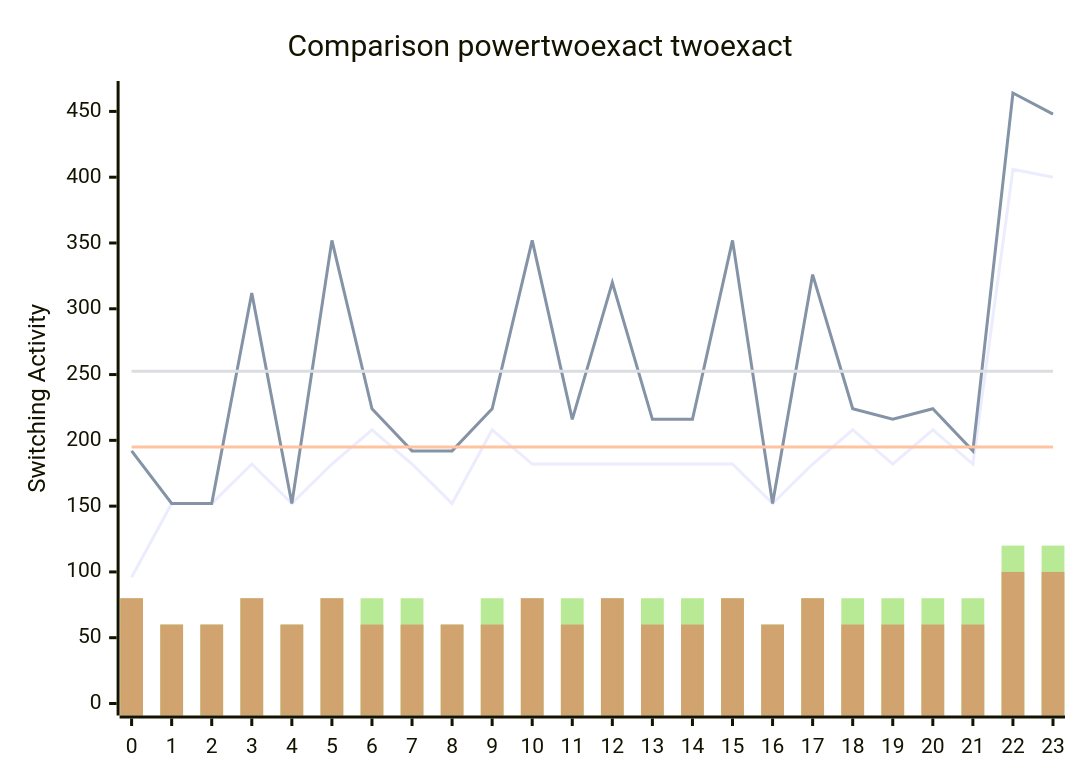
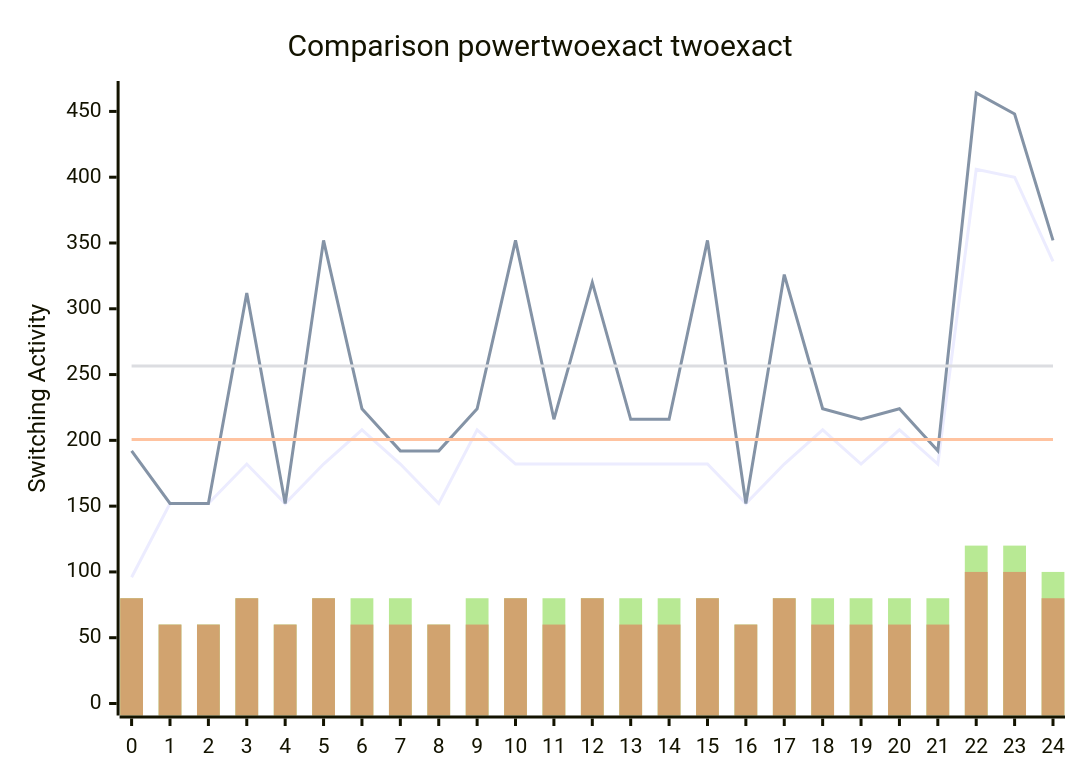
Before and after one commit to FeldmeierMichael/Exact-Power-Synthesis: the diagram in benchmark.md, drawn with Mermaid. The commit also changed other lines of this file and 2 other files, not shown here.

````diff
--- a/benchmark.md
+++ b/benchmark.md
@@ -49,12 +51,12 @@
 ```mermaid
 xychart-beta
     title "Comparison powertwoexact twoexact"
-    x-axis [0, 1, 2, 3, 4, 5, 6, 7, 8, 9, 10, 11, 12, 13, 14, 15, 16, 17, 18, 19, 20, 21, 22, 23]
+    x-axis [0, 1, 2, 3, 4, 5, 6, 7, 8, 9, 10, 11, 12, 13, 14, 15, 16, 17, 18, 19, 20, 21, 22, 23, 24]
     y-axis "Switching Activity" 0-->464
-    line [96, 152, 152, 182, 152, 182, 208, 182, 152, 208, 182, 182, 182, 182, 182, 182, 152, 182, 208, 182, 208, 182, 406, 400]
-    line [192, 152, 152, 312, 152, 352, 224, 192, 192, 224, 352, 216, 320, 216, 216, 352, 152, 326, 224, 216, 224, 192, 464, 448]
-    line [194.91666666666666, 194.91666666666666, 194.91666666666666, 194.91666666666666, 194.91666666666666, 194.91666666666666, 194.91666666666666, 194.91666666666666, 194.91666666666666, 194.91666666666666, 194.91666666666666, 194.91666666666666, 194.91666666666666, 194.91666666666666, 194.91666666666666, 194.91666666666666, 194.91666666666666, 194.91666666666666, 194.91666666666666, 194.91666666666666, 194.91666666666666, 194.91666666666666, 194.91666666666666, 194.91666666666666]
-    line [252.58333333333334, 252.58333333333334, 252.58333333333334, 252.58333333333334, 252.58333333333334, 252.58333333333334, 252.58333333333334, 252.58333333333334, 252.58333333333334, 252.58333333333334, 252.58333333333334, 252.58333333333334, 252.58333333333334, 252.58333333333334, 252.58333333333334, 252.58333333333334, 252.58333333333334, 252.58333333333334, 252.58333333333334, 252.58333333333334, 252.58333333333334, 252.58333333333334, 252.58333333333334, 252.58333333333334]
-    bar [80, 60, 60, 80, 60, 80, 80, 80, 60, 80, 80, 80, 80, 80, 80, 80, 60, 80, 80, 80, 80, 80, 120, 120]
-    bar [80, 60, 60, 80, 60, 80, 60, 60, 60, 60, 80, 60, 80, 60, 60, 80, 60, 80, 60, 60, 60, 60, 100, 100]
+    line [96, 152, 152, 182, 152, 182, 208, 182, 152, 208, 182, 182, 182, 182, 182, 182, 152, 182, 208, 182, 208, 182, 406, 400, 336]
+    line [192, 152, 152, 312, 152, 352, 224, 192, 192, 224, 352, 216, 320, 216, 216, 352, 152, 326, 224, 216, 224, 192, 464, 448, 352]
+    line [200.56, 200.56, 200.56, 200.56, 200.56, 200.56, 200.56, 200.56, 200.56, 200.56, 200.56, 200.56, 200.56, 200.56, 200.56, 200.56, 200.56, 200.56, 200.56, 200.56, 200.56, 200.56, 200.56, 200.56, 200.56]
+    line [256.56, 256.56, 256.56, 256.56, 256.56, 256.56, 256.56, 256.56, 256.56, 256.56, 256.56, 256.56, 256.56, 256.56, 256.56, 256.56, 256.56, 256.56, 256.56, 256.56, 256.56, 256.56, 256.56, 256.56, 256.56]
+    bar [80, 60, 60, 80, 60, 80, 80, 80, 60, 80, 80, 80, 80, 80, 80, 80, 60, 80, 80, 80, 80, 80, 120, 120, 100]
+    bar [80, 60, 60, 80, 60, 80, 60, 60, 60, 60, 80, 60, 80, 60, 60, 80, 60, 80, 60, 60, 60, 60, 100, 100, 80]
 ```
````
